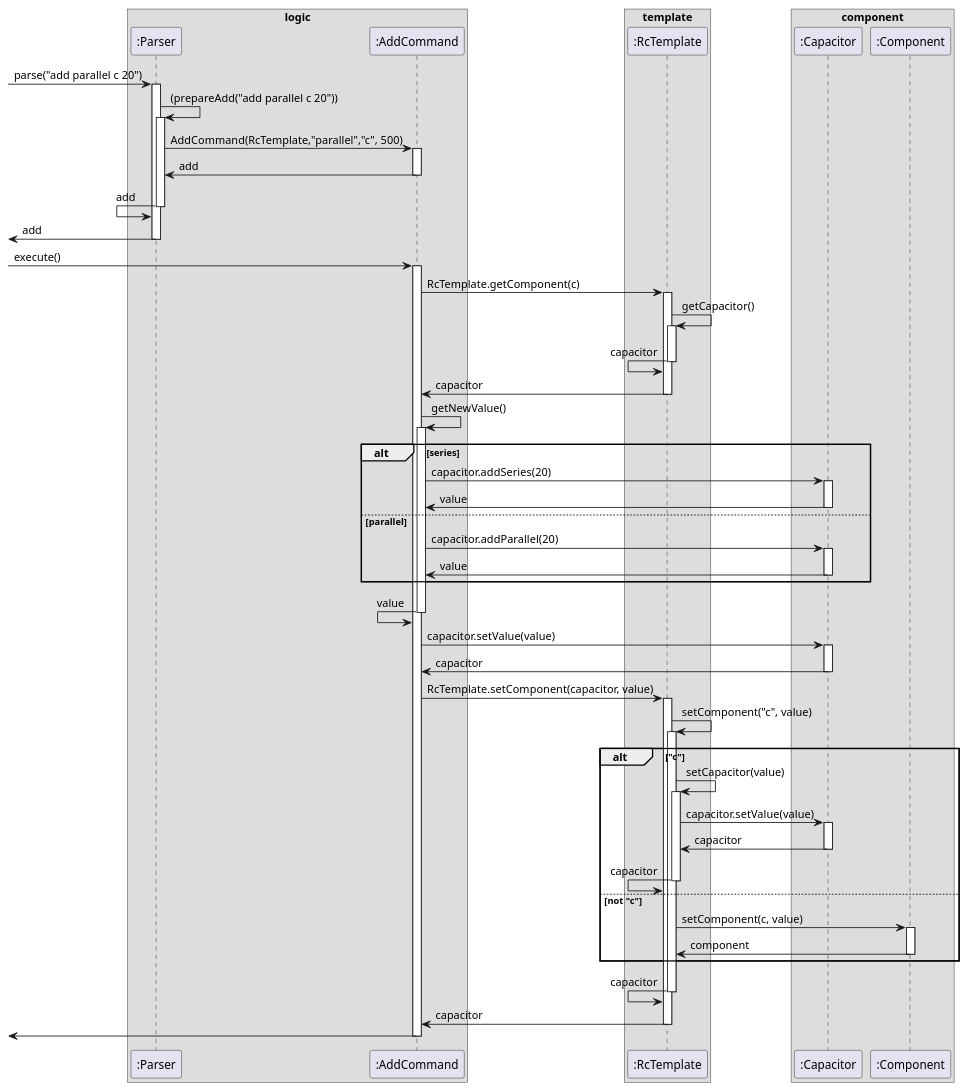
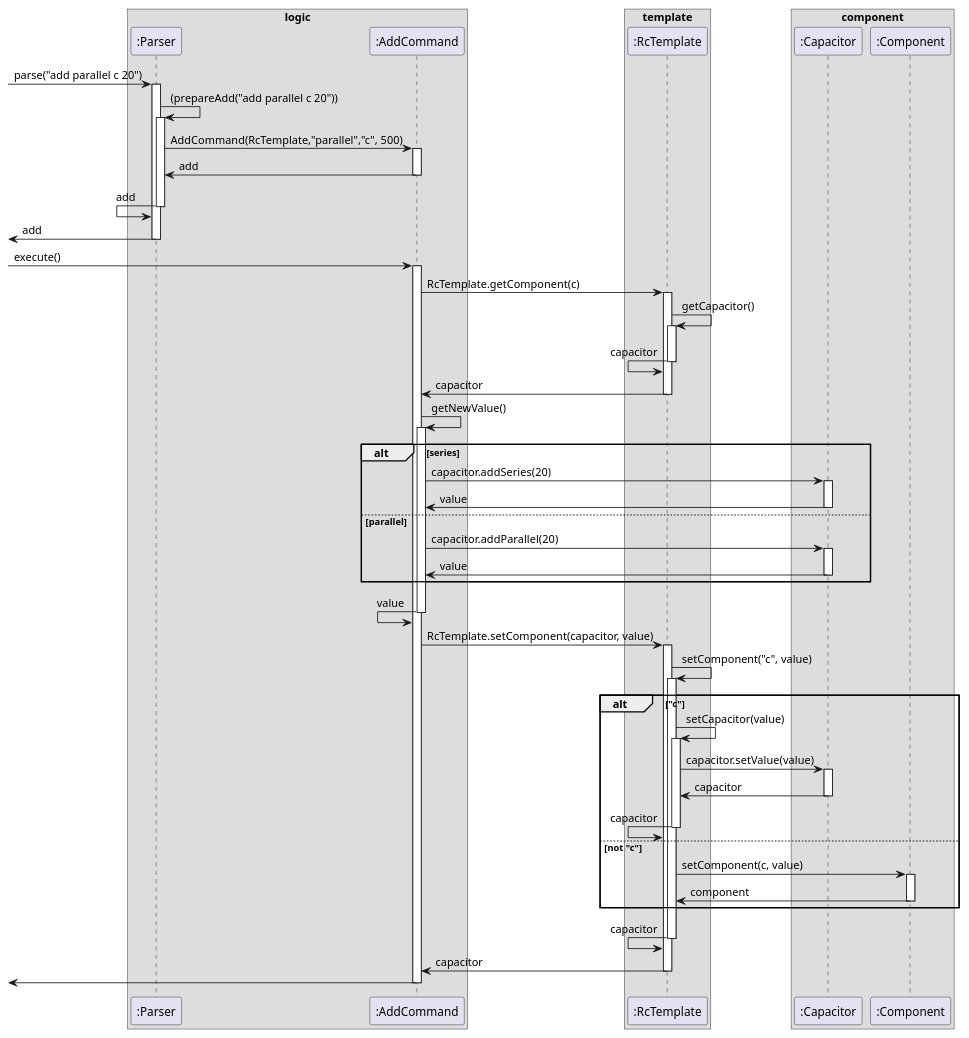
The diagram in docs/diagrams/AddSequenceDiagram.puml (sevenseasofbri/tp), drawn with PlantUML before and after one commit. The commit also changed 3 other files, not shown here.

Commit message:
Update addCommand UML diagram

```diff
--- a/docs/diagrams/AddSequenceDiagram.puml
+++ b/docs/diagrams/AddSequenceDiagram.puml
@@ -1,117 +1,112 @@
 @startuml
 
 box logic
 participant ":Parser" as Parser
 participant ":AddCommand" as AddCommand
 end box
 
 box template
 participant ":RcTemplate" as RcTemplate
 end box
 
 box component
 participant ":Capacitor" as Capacitor
 participant ":Component" as Component
 end box
 
 [-> Parser : parse("add parallel c 20")
 activate Parser
 
 Parser -> Parser : (prepareAdd("add parallel c 20"))
 activate Parser
 
 Parser -> AddCommand : AddCommand(RcTemplate,"parallel","c", 500)
 activate AddCommand
 
 Parser <- AddCommand : add
 deactivate AddCommand
 
 Parser <- Parser : add
 deactivate Parser
 
 [<- Parser : add
 deactivate Parser
 
 [-> AddCommand: execute()
 activate AddCommand
 
 AddCommand -> RcTemplate : RcTemplate.getComponent(c)
 activate RcTemplate
 
 RcTemplate -> RcTemplate : getCapacitor()
 activate RcTemplate
 
 RcTemplate <- RcTemplate : capacitor
 deactivate RcTemplate
 
 AddCommand <- RcTemplate : capacitor
 deactivate RcTemplate
 
 AddCommand -> AddCommand : getNewValue()
 activate AddCommand
 
 alt series
 AddCommand -> Capacitor : capacitor.addSeries(20)
 activate Capacitor
 
 AddCommand <- Capacitor : value
 deactivate Capacitor
 
 else parallel
 AddCommand -> Capacitor : capacitor.addParallel(20)
 activate Capacitor
 
 AddCommand <- Capacitor : value
 deactivate Capacitor
 end
 
 AddCommand <- AddCommand : value
 deactivate AddCommand
 
-AddCommand -> Capacitor : capacitor.setValue(value)
-activate Capacitor
-
-AddCommand <- Capacitor : capacitor
-deactivate Capacitor
 
 AddCommand -> RcTemplate: RcTemplate.setComponent(capacitor, value)
 activate RcTemplate
 
 RcTemplate -> RcTemplate: setComponent("c", value)
 activate RcTemplate
 
 alt "c"
 RcTemplate -> RcTemplate: setCapacitor(value)
 activate RcTemplate
 
 RcTemplate -> Capacitor: capacitor.setValue(value)
 activate Capacitor
 
 RcTemplate <- Capacitor: capacitor
 deactivate Capacitor
 
 RcTemplate <- RcTemplate: capacitor
 deactivate RcTemplate
 
 else not "c"
 RcTemplate -> Component: setComponent(c, value)
 activate Component
 
 RcTemplate <- Component: component
 deactivate Component
 end
 
 RcTemplate <- RcTemplate: capacitor
 deactivate RcTemplate
 
 AddCommand <- RcTemplate: capacitor
 deactivate RcTemplate
 
 [<- AddCommand
 deactivate AddCommand
 
 
 
 
 
 @enduml
```
